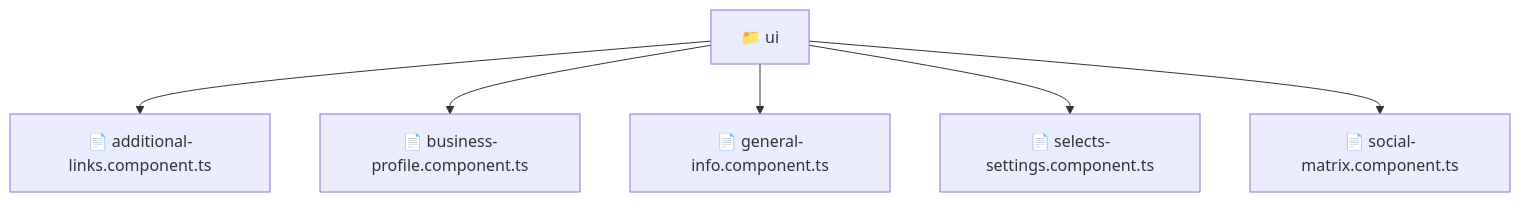
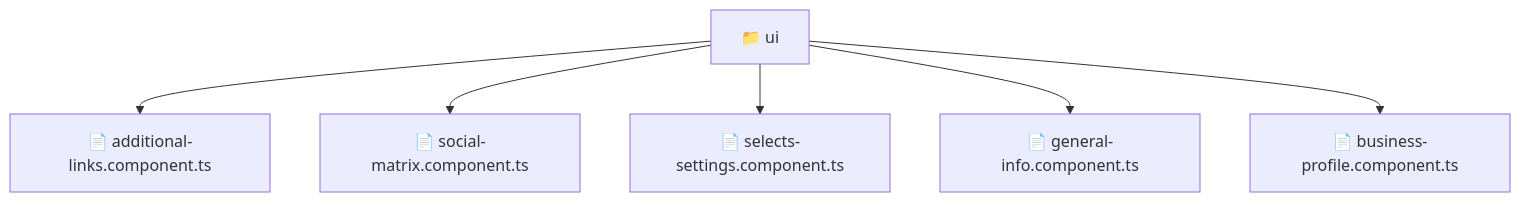
Before and after one commit to beginwebdev2002/fullstack-mavluda: the diagram in frontend/src/pages/settings/ui/README.md, drawn with Mermaid. The commit also changed other lines of this file and 164 other files, not shown here.

First line of the commit message:
docs: generate robust autonomous architectural documentation

````diff
--- a/frontend/src/pages/settings/ui/README.md
+++ b/frontend/src/pages/settings/ui/README.md
@@ -11,9 +11,9 @@
 ```mermaid
 graph TD
-  Root["📁 ui"]
-  Root --> additional_links_component_ts["📄 additional-links.component.ts"]
-  Root --> business_profile_component_ts["📄 business-profile.component.ts"]
-  Root --> general_info_component_ts["📄 general-info.component.ts"]
-  Root --> selects_settings_component_ts["📄 selects-settings.component.ts"]
-  Root --> social_matrix_component_ts["📄 social-matrix.component.ts"]
+    f_ui["📁 ui"]
+    f_ui --> f_additional_links_component_ts["📄 additional-links.component.ts"]
+    f_ui --> f_social_matrix_component_ts["📄 social-matrix.component.ts"]
+    f_ui --> f_selects_settings_component_ts["📄 selects-settings.component.ts"]
+    f_ui --> f_general_info_component_ts["📄 general-info.component.ts"]
+    f_ui --> f_business_profile_component_ts["📄 business-profile.component.ts"]
 ```
````
